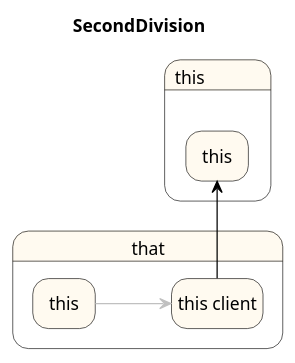
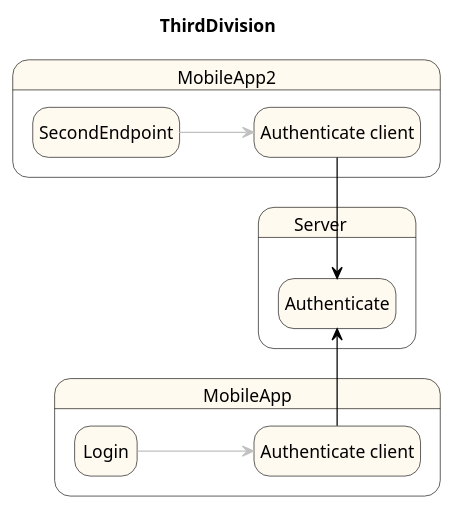
One commit to anz-bank/sysl-catalog changed the diagram in this/integrationepa.puml. Above: the diagram before and after it, drawn with PlantUML. The commit also changed 54 other files, not shown here.

```diff
--- a/this/integrationepa.puml
+++ b/this/integrationepa.puml
@@ -7,20 +7,26 @@
 @startuml
-title SecondDivision
+title ThirdDivision
 left to right direction
 scale max 16384 height
 hide empty description
 skinparam state {
   BackgroundColor FloralWhite
   BorderColor Black
   ArrowColor Crimson
 }
-state "that" as X_0 {
-  state "this" as _0
-  state "this client" as _1
+state "MobileApp" as X_0 {
+  state "Authenticate client" as _0
+  state "Login" as _1
 }
-state "this" as X_1 <<highlight>> {
-  state "this" as _2 <<highlight>>
+state "MobileApp2" as X_1 {
+  state "Authenticate client" as _2
+  state "SecondEndpoint" as _3
 }
-_0 -[#silver]-> _1
-_1 -[#black]> _2
+state "Server" as X_2 <<highlight>> {
+  state "Authenticate" as _4 <<highlight>>
+}
+_1 -[#silver]-> _0
+_0 -[#black]> _4
+_3 -[#silver]-> _2
+_2 -[#black]> _4
 @enduml
```
